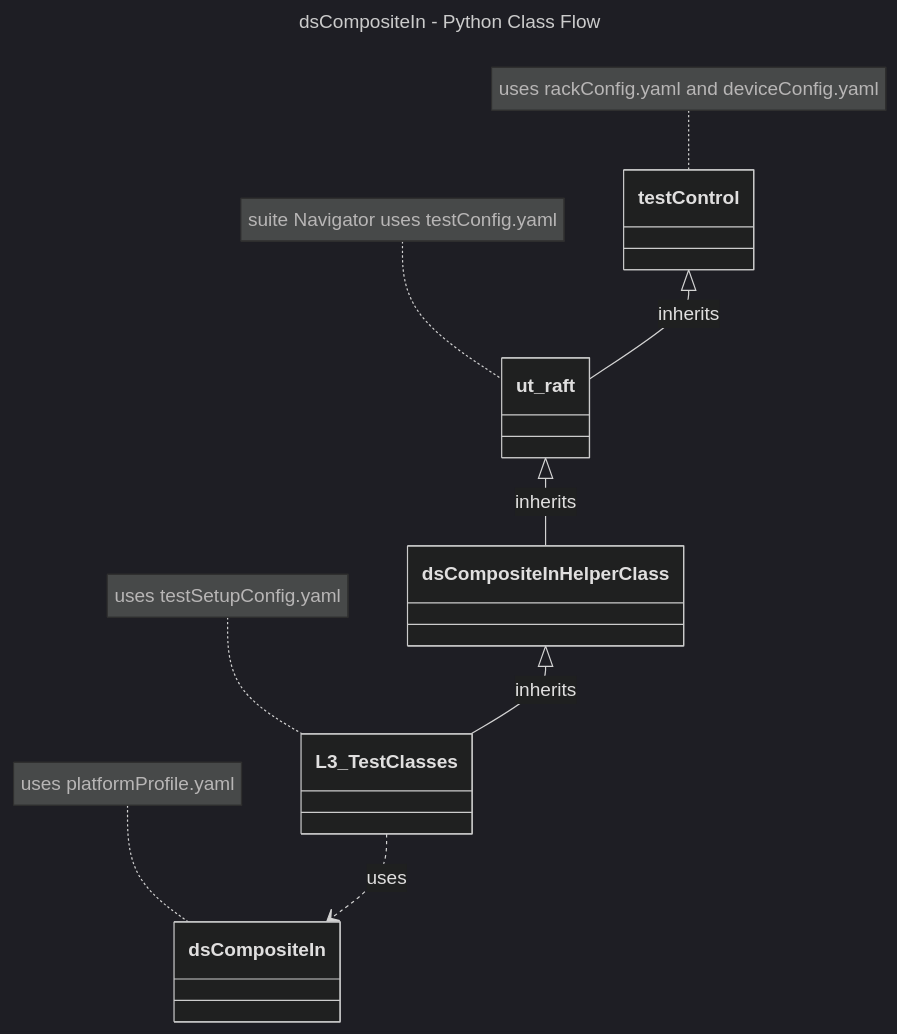
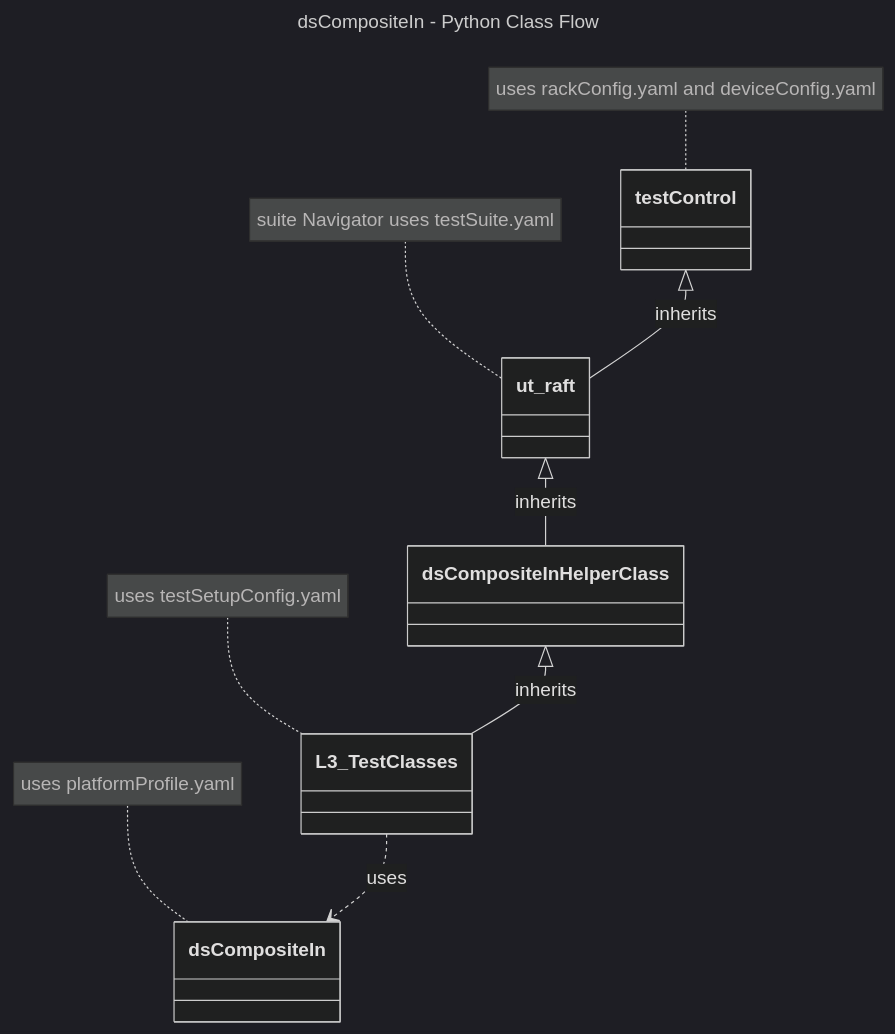
Before and after one commit to rdkcentral/rdk-halif-test-device_settings: the diagram in docs/pages/dsCompositeIn/ds-compositeIn-L3-Low-Level-TestSpec.md, drawn with Mermaid (dark theme). The commit also changed other lines of this file, not shown here.

````diff
--- a/docs/pages/dsCompositeIn/ds-compositeIn-L3-Low-Level-TestSpec.md
+++ b/docs/pages/dsCompositeIn/ds-compositeIn-L3-Low-Level-TestSpec.md
@@ -51,16 +51,16 @@
 ```mermaid
 ---
 title: dsCompositeIn - Python Class Flow
 ---
 classDiagram
     testControl <|-- ut_raft : inherits
     class ut_raft{
     }
     ut_raft <|-- dsCompositeInHelperClass : inherits
     dsCompositeInHelperClass <|-- L3_TestClasses : inherits
     L3_TestClasses ..> dsCompositeIn : uses
     note for testControl "uses rackConfig.yaml and deviceConfig.yaml"
     note for dsCompositeIn "uses platformProfile.yaml"
     note for L3_TestClasses "uses testSetupConfig.yaml"
-    note for ut_raft "suite Navigator uses testConfig.yaml"
+    note for ut_raft "suite Navigator uses testSuite.yaml"
 ```
````
